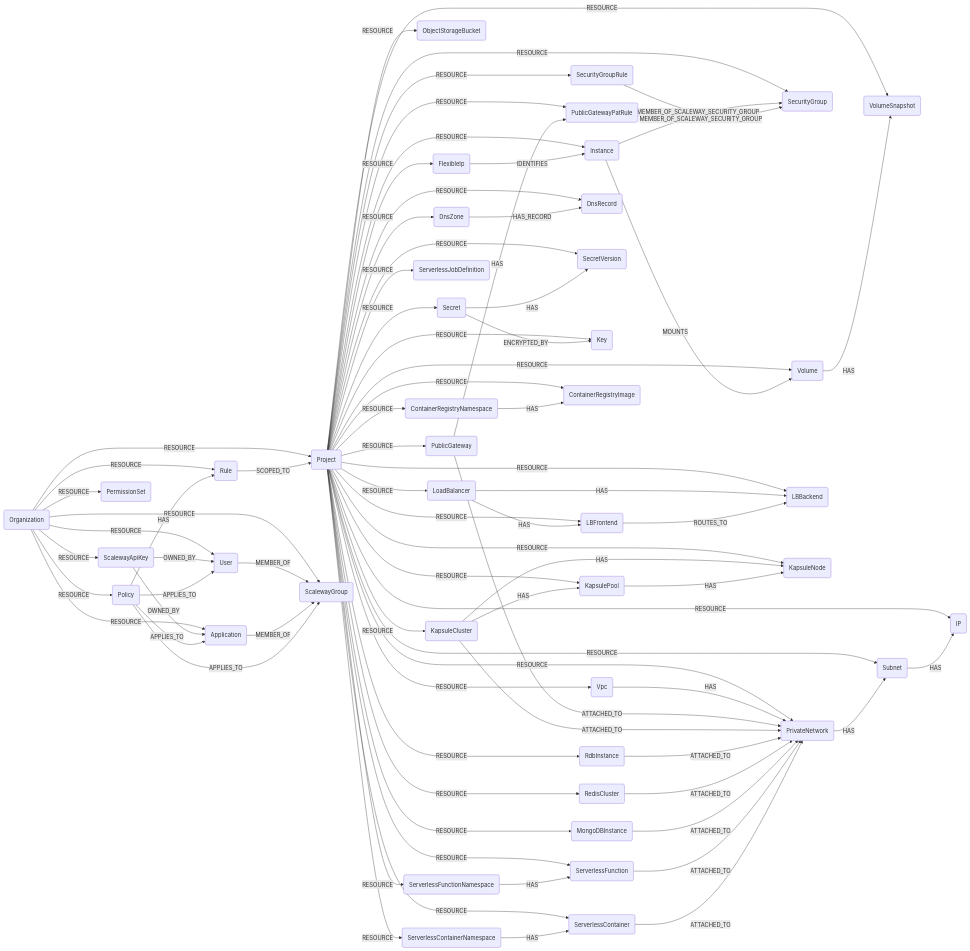
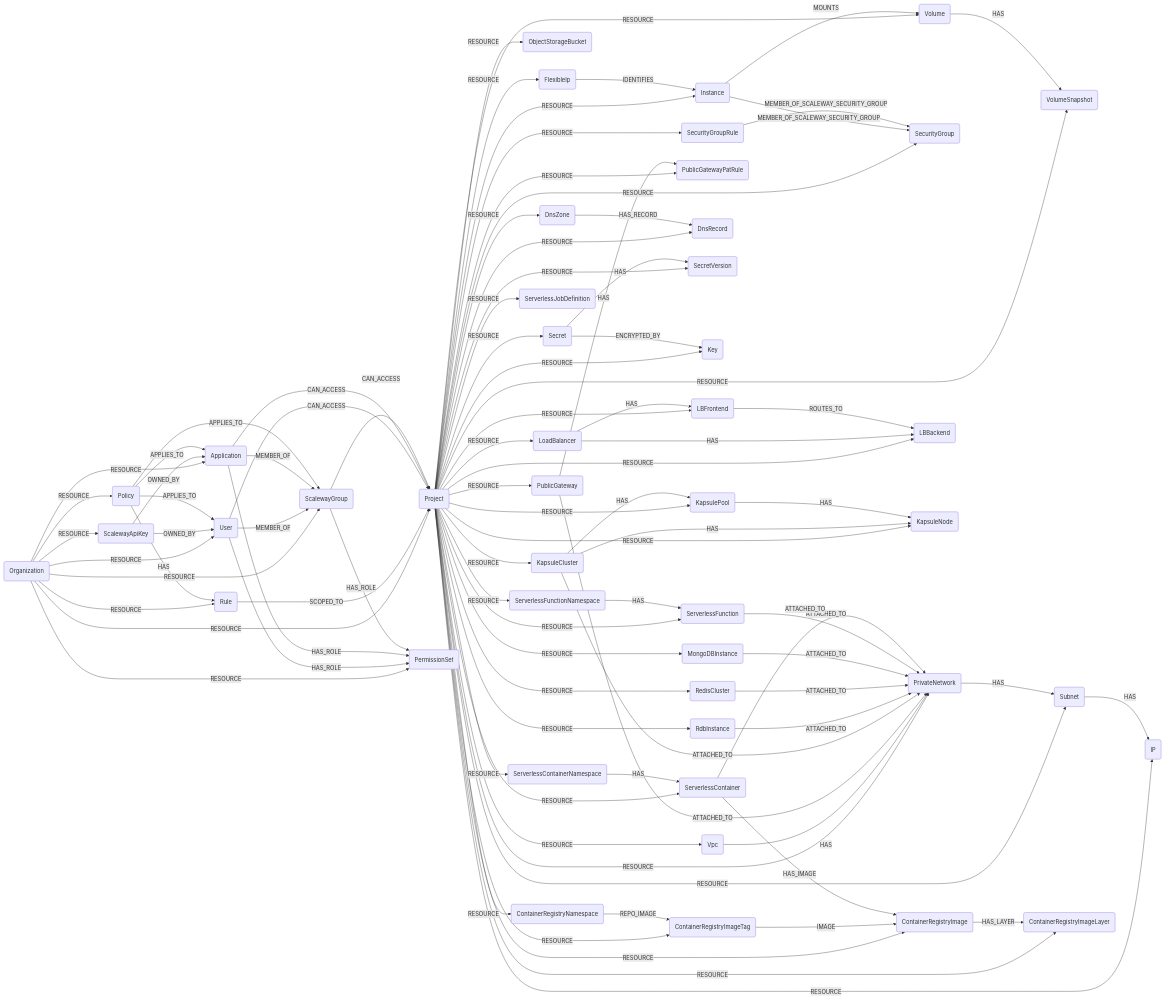
The diagram in docs/root/modules/scaleway/schema.md (cartography-cncf/cartography), drawn with Mermaid before and after one commit. The commit also changed 1 other file, not shown here.

Commit message:
fix(scaleway): address review — project-scoped image enrichment + schema diagram
- Scope the supply-chain image-enrichment query to the same project as the
  image so the OCI pull URI is always project-local. An image digest is
  deduplicated globally, so the previous query could pick a tag URI from a
  different project (wrong-repository fetch / skipped enrichment).
- Update the schema.md mermaid diagram to the current container-registry model:
  ImageTag / Image (digest) / ImageLayer nodes and the REPO_IMAGE, IMAGE,
  HAS_LAYER, HAS_IMAGE, HAS_ROLE and CAN_ACCESS edges.

````diff
--- a/docs/root/modules/scaleway/schema.md
+++ b/docs/root/modules/scaleway/schema.md
@@ -35,7 +35,9 @@
 PRJ -- RESOURCE --> KP(KapsulePool)
 PRJ -- RESOURCE --> KN(KapsuleNode)
 PRJ -- RESOURCE --> CRN(ContainerRegistryNamespace)
+PRJ -- RESOURCE --> CIT(ContainerRegistryImageTag)
 PRJ -- RESOURCE --> CRI(ContainerRegistryImage)
+PRJ -- RESOURCE --> CIL(ContainerRegistryImageLayer)
 PRJ -- RESOURCE --> RDB(RdbInstance)
 PRJ -- RESOURCE --> RC(RedisCluster)
 PRJ -- RESOURCE --> MGO(MongoDBInstance)
@@ -64,7 +66,9 @@
 KC -- HAS --> KN
 KP -- HAS --> KN
 KC -- ATTACHED_TO --> PN
-CRN -- HAS --> CRI
+CRN -- REPO_IMAGE --> CIT
+CIT -- IMAGE --> CRI
+CRI -- HAS_LAYER --> CIL
 RDB -- ATTACHED_TO --> PN
 RC -- ATTACHED_TO --> PN
 MGO -- ATTACHED_TO --> PN
@@ -72,6 +76,7 @@
 SCN -- HAS --> SC
 SF -- ATTACHED_TO --> PN
 SC -- ATTACHED_TO --> PN
+SC -- HAS_IMAGE --> CRI
 USR -- MEMBER_OF --> GRP(ScalewayGroup)
 APIKEY(ScalewayApiKey) -- OWNED_BY --> USR
 APP -- MEMBER_OF --> GRP(ScalewayGroup)
@@ -81,4 +86,10 @@
 POL -- APPLIES_TO --> APP
 POL -- HAS --> RULE(Rule)
 RULE -- SCOPED_TO --> PRJ
+USR -- HAS_ROLE --> PS
+APP -- HAS_ROLE --> PS
+GRP -- HAS_ROLE --> PS
+USR -- CAN_ACCESS --> PRJ
+APP -- CAN_ACCESS --> PRJ
+GRP -- CAN_ACCESS --> PRJ
 ```
````
